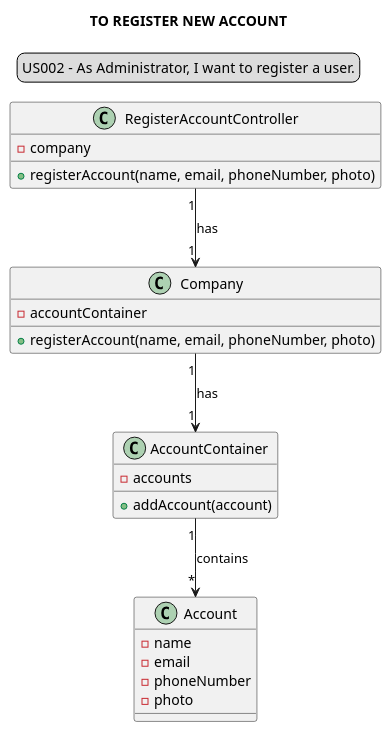
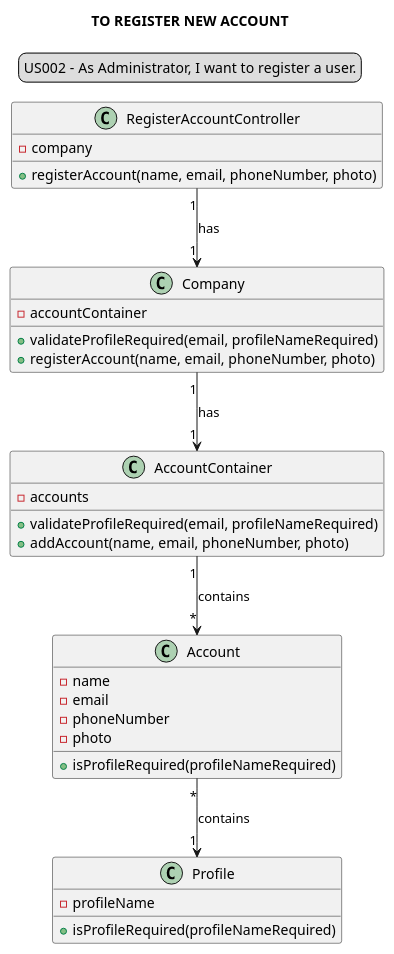
The diagram in docs/modelling_design/user_stories/sprint01/us002/US002_classDiagram.puml (Loracline/project_switch_22-23), drawn with PlantUML before and after one commit. The commit also changed 25 other files, not shown here.

Commit message:
US001,002,003,004,005,006,007,008,009,011_012_013, 014, 015, 016: Design : refinement of class Diagram

```diff
--- a/docs/modelling_design/user_stories/sprint01/us002/US002_classDiagram.puml
+++ b/docs/modelling_design/user_stories/sprint01/us002/US002_classDiagram.puml
@@ -1,35 +1,43 @@
 @startuml
 
 skinparam sequenceMessageAlign center
 title TO REGISTER NEW ACCOUNT
 legend top
 US002 - As Administrator, I want to register a user.
 end legend
 
 class "RegisterAccountController" {
 -company
 +registerAccount(name, email, phoneNumber, photo)
 }
 
 class "Company" {
 -accountContainer
++validateProfileRequired(email, profileNameRequired)
 +registerAccount(name, email, phoneNumber, photo)
 }
 
 class "AccountContainer"{
 -accounts
-+addAccount(account)
++validateProfileRequired(email, profileNameRequired)
++addAccount(name, email, phoneNumber, photo)
 }
 
 class "Account" {
 -name
 -email
 -phoneNumber
 -photo
++ isProfileRequired(profileNameRequired)
+}
+
+class "Profile"{
+-profileName
++isProfileRequired(profileNameRequired)
 }
 
 "RegisterAccountController" "1" --> "1" "Company": has
 "Company" "1"-->"1" "AccountContainer": has
 "AccountContainer" "1"-->"*" "Account": contains
-
+"Account" "*"--> "1""Profile": contains
 @enduml
```
